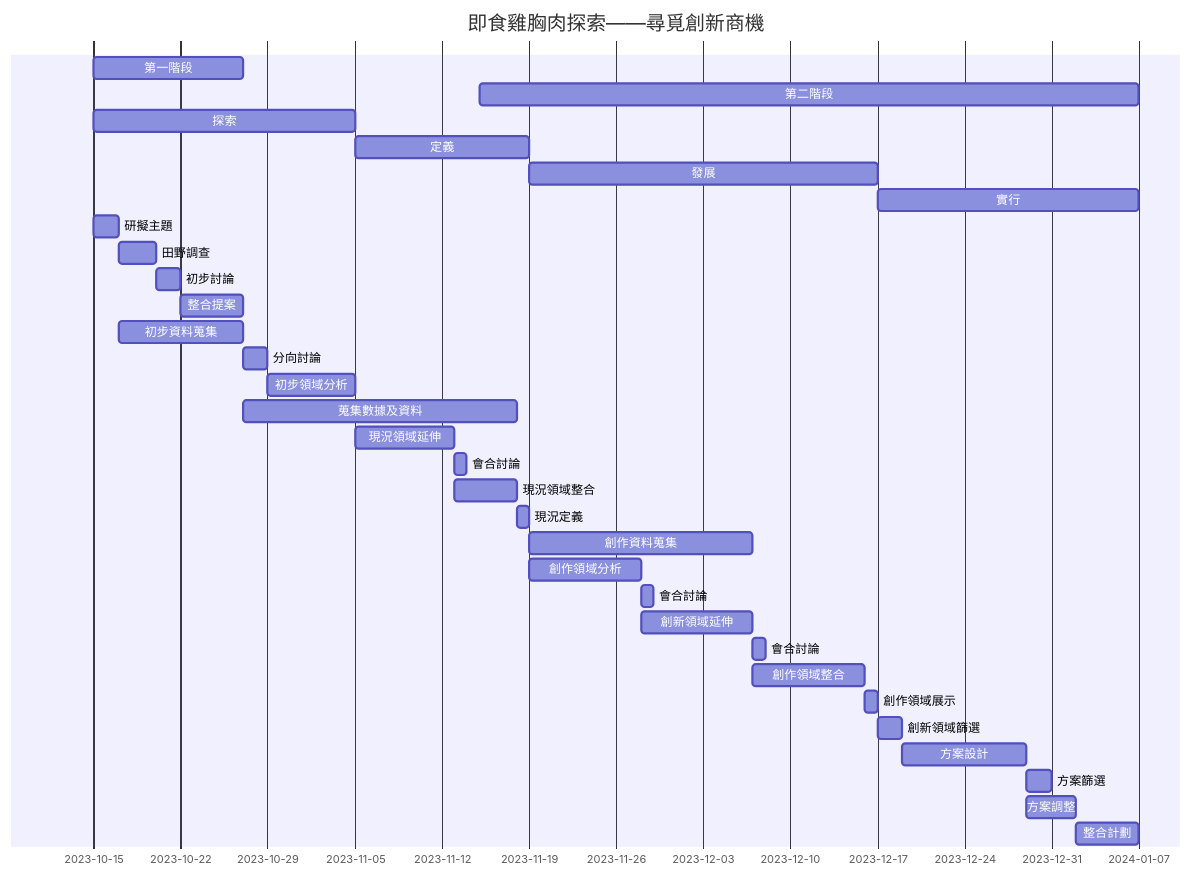
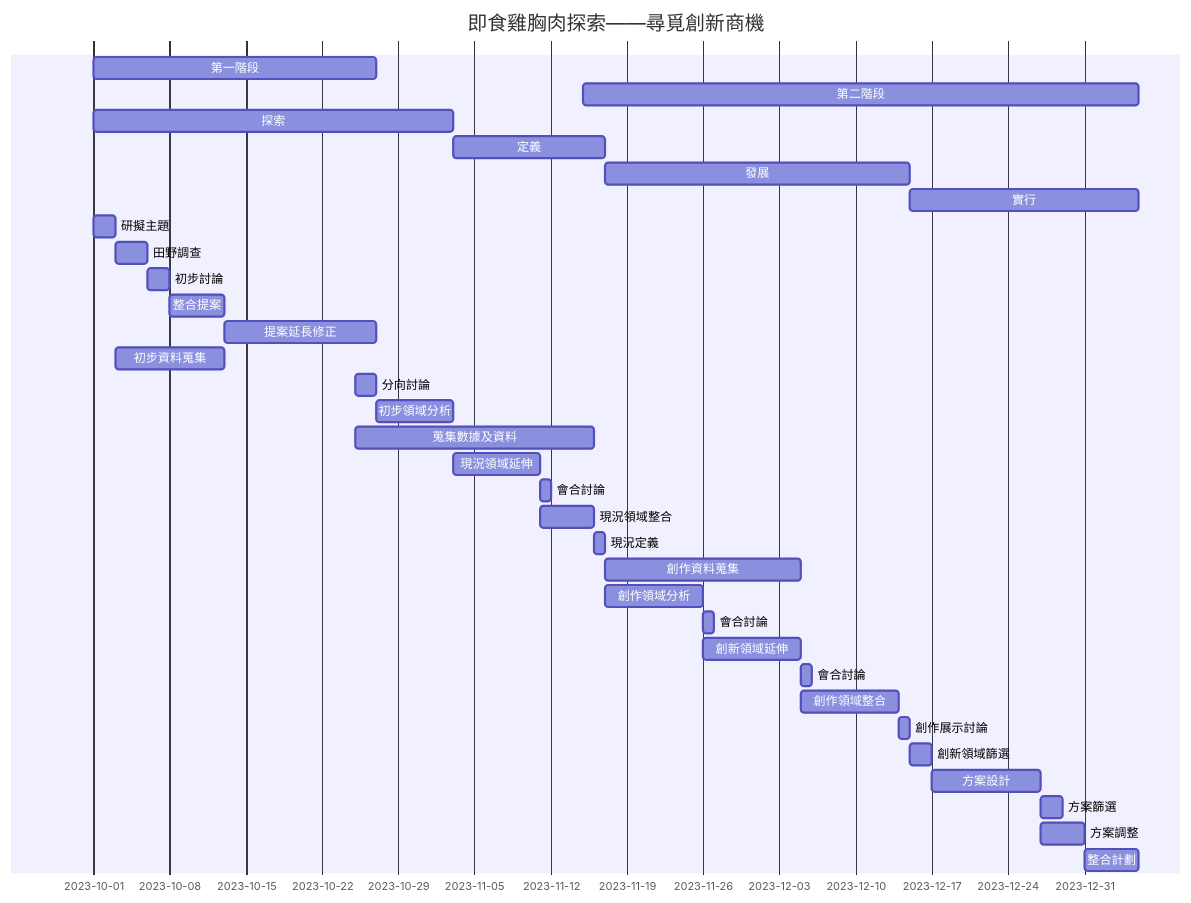
Before and after one commit to C110134148/T15nT1: the second of 2 diagrams in README.md, drawn with Mermaid.

````diff
--- a/README.md
+++ b/README.md
@@ -55,38 +55,40 @@
 ```mermaid
     gantt
         title 即食雞胸肉探索——尋覓創新商機
-第一階段    : c1, 2023-10-15 ,12d
-第二階段    : c2, 2023-11-15 ,53d
-探索    : b1, 2023-10-15 ,21d
+第一階段    : c1, 2023-10-01 ,26d
+第二階段    : c2, 2023-11-15 ,51d
+探索    : b1, 2023-10-01 ,33d
 定義    : b2, after b1,14d
 發展    : b3, after b2 ,28d
 實行    : b4, after b3 ,21d
-        研擬主題     : a1, 2023-10-15 ,2d
+        研擬主題     : a1, 2023-10-01 ,2d
         田野調查     : a2, after a1 , 3d
         初步討論     : a4, after a2 , 2d
         整合提案     : a5, after a4 , 5d
 
+        提案延長修正  : a25, after a5 , 14d
+
         初步資料蒐集    : a3, after a1 , 10d
-        分向討論     : a6, after a3 , 2d
+        分向討論     : a6, 2023-10-25 , 2d
         初步領域分析     : a8 ,after a6 , 7d
-        蒐集數據及資料 : a7, after a3 , 22d
+        蒐集數據及資料 : a7, 2023-10-25 , 22d
 
         現況領域延伸     : a9, after a8 , 8d
         會合討論     : a10, after a9 , 1d
         現況領域整合     : a11, after a9 , 5d
         現況定義 : a12, after a11 , 1d
 
         創作資料蒐集     : a13 ,after a12 , 18d
         創作領域分析: a14 ,after a12 , 9d
         會合討論     : a16, after a14 , 1d
         創新領域延伸   : a15, after a14 ,9d
         會合討論: a18 ,after a15 , 1d
         創作領域整合: a17 ,after a15 , 9d
-        創作領域展示: a19 ,after a17 , 1d
+        創作展示討論: a19 ,after a17 , 1d
 
 創新領域篩選: a20 ,after a19 , 2d
 方案設計: a21 ,after a20 , 10d
 方案篩選: a22 ,after a21 , 2d
 方案調整: a23 ,after a21 , 4d
 整合計劃: a24 ,after a23 , 5d
 ```
````
